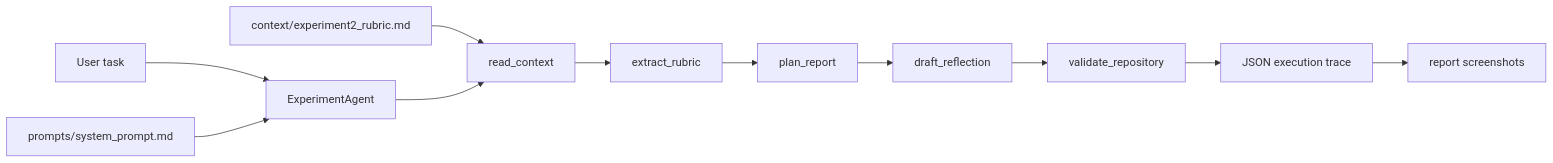
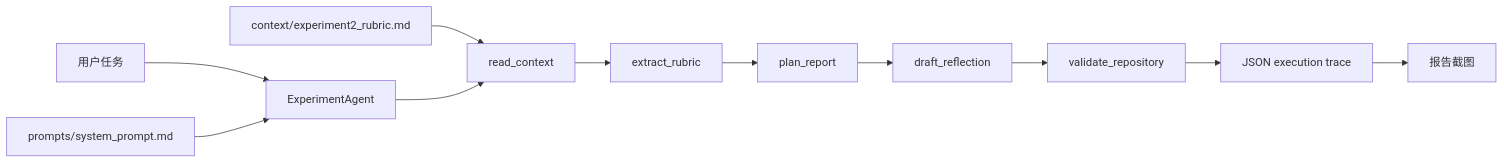
Before and after one commit to FanFenMo/agent-experiment: the diagram in docs/architecture.md, drawn with Mermaid. The commit also changed other lines of this file and 19 other files, not shown here.

````diff
--- a/docs/architecture.md
+++ b/docs/architecture.md
@@ -5,13 +5,13 @@
 ```mermaid
 flowchart LR
-    UserTask["User task"] --> Agent["ExperimentAgent"]
+    UserTask["用户任务"] --> Agent["ExperimentAgent"]
     Prompt["prompts/system_prompt.md"] --> Agent
     Context["context/experiment2_rubric.md"] --> ReadContext["read_context"]
     Agent --> ReadContext
     ReadContext --> Extract["extract_rubric"]
     Extract --> Plan["plan_report"]
     Plan --> Reflect["draft_reflection"]
     Reflect --> Validate["validate_repository"]
     Validate --> Trace["JSON execution trace"]
-    Trace --> Screens["report screenshots"]
+    Trace --> Screens["报告截图"]
 ```
````
